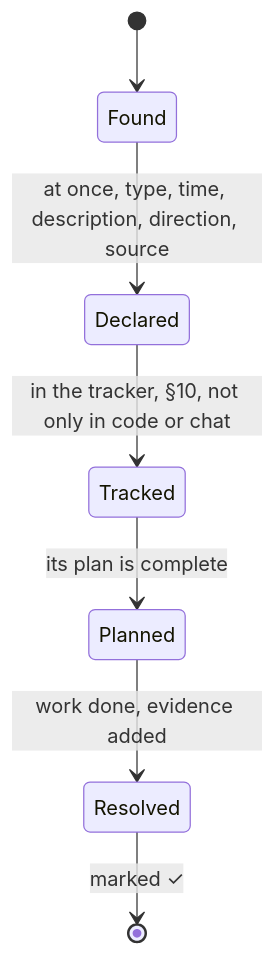
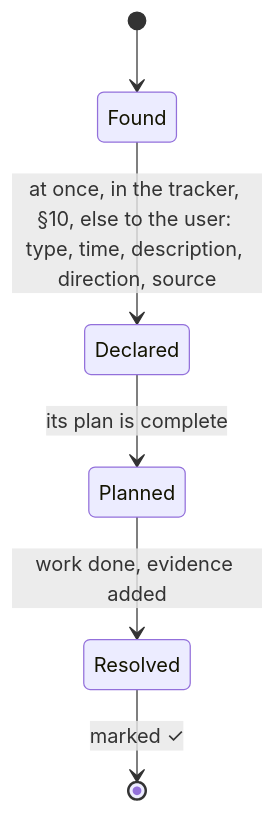
Diagram 13 of 14 in AGENTS.md (SolenixAI/arbiter), drawn with Mermaid before and after one commit. The commit also changed other lines of this file, not shown here.

````diff
--- a/AGENTS.md
+++ b/AGENTS.md
@@ -520,9 +520,8 @@
 ```mermaid
 stateDiagram-v2
   [*] --> Found
-  Found --> Declared: at once, type, time, description, direction, source
-  Declared --> Tracked: in the tracker, §10, not only in code or chat
-  Tracked --> Planned: its plan is complete
+  Found --> Declared: at once, in the tracker, §10, else to the user: type, time, description, direction, source
+  Declared --> Planned: its plan is complete
   Planned --> Resolved: work done, evidence added
   Resolved --> [*]: marked ✓
 ```
````
